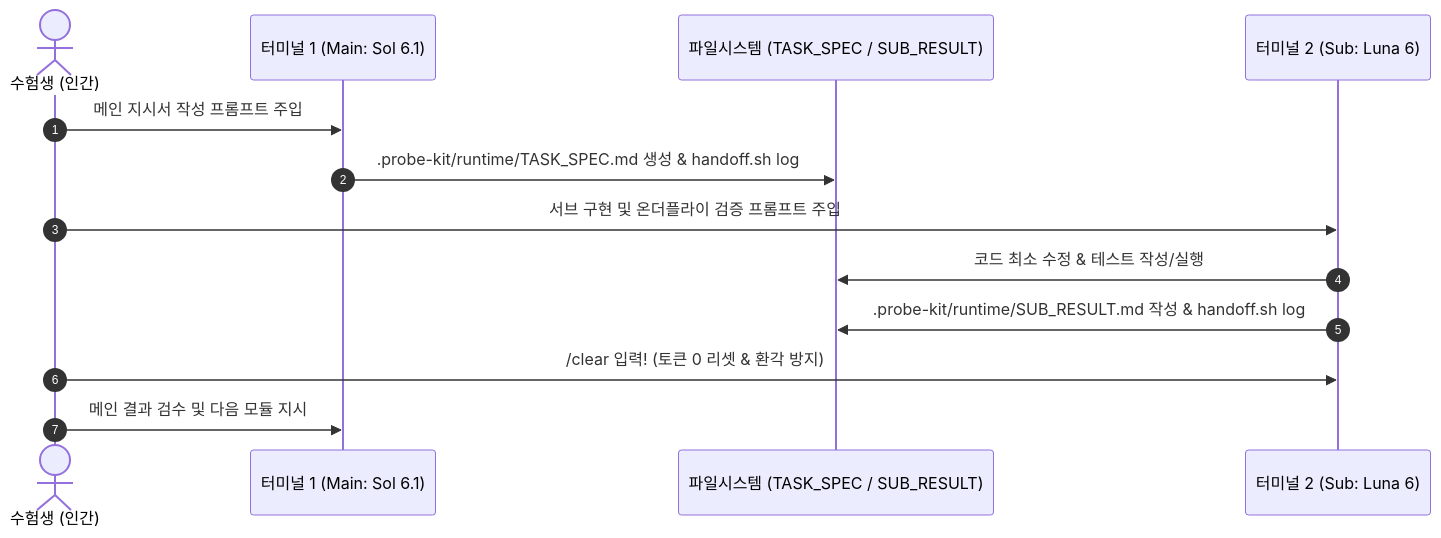
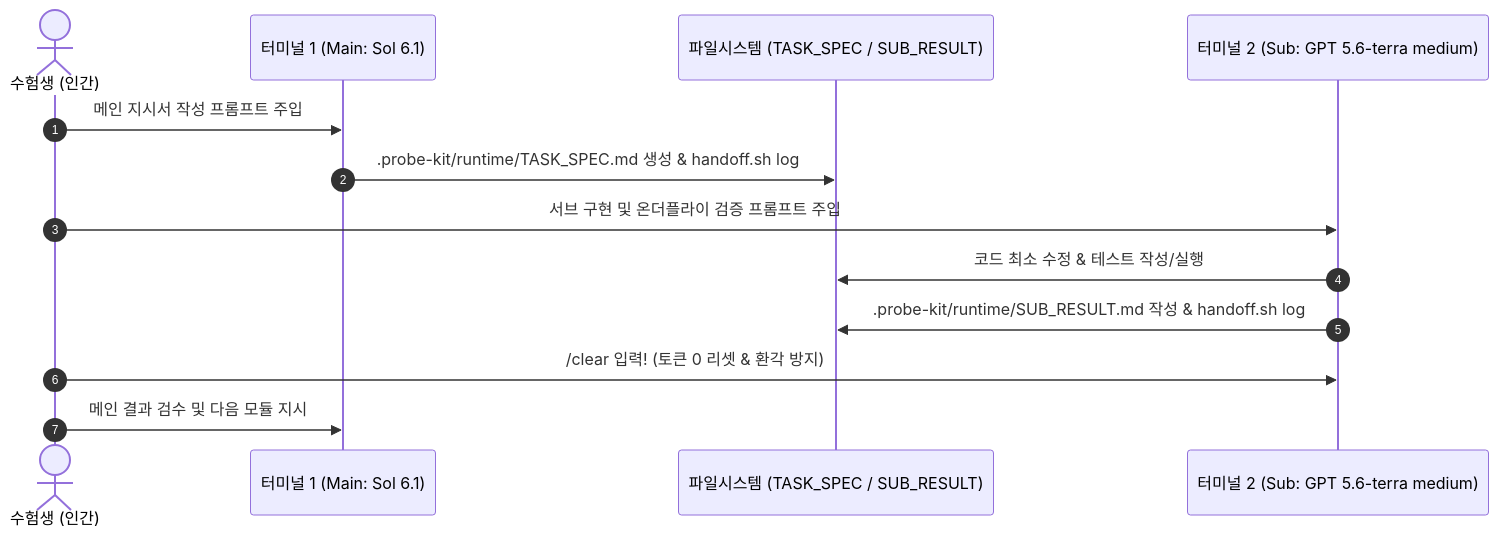
One commit to chichochoi/sk changed the diagram in foruser.md. Above: the diagram before and after it, drawn with Mermaid. The commit also changed other lines of this file and 18 other files, not shown here.

Commit message:
refactor: update sub-agent model from Luna to GPT 5.6-terra medium across harness

````diff
--- a/foruser.md
+++ b/foruser.md
@@ -265,16 +265,16 @@
 ```mermaid
 sequenceDiagram
     autonumber
     actor User as 수험생 (인간)
     participant T1 as 터미널 1 (Main: Sol 6.1)
     participant FS as 파일시스템 (TASK_SPEC / SUB_RESULT)
-    participant T2 as 터미널 2 (Sub: Luna 6)
+    participant T2 as 터미널 2 (Sub: GPT 5.6-terra medium)
 
     User->>T1: 메인 지시서 작성 프롬프트 주입
     T1->>FS: .probe-kit/runtime/TASK_SPEC.md 생성 & handoff.sh log
     User->>T2: 서브 구현 및 온더플라이 검증 프롬프트 주입
     T2->>FS: 코드 최소 수정 & 테스트 작성/실행
     T2->>FS: .probe-kit/runtime/SUB_RESULT.md 작성 & handoff.sh log
     User->>T2: /clear 입력! (토큰 0 리셋 & 환각 방지)
     User->>T1: 메인 결과 검수 및 다음 모듈 지시
 ```
````
